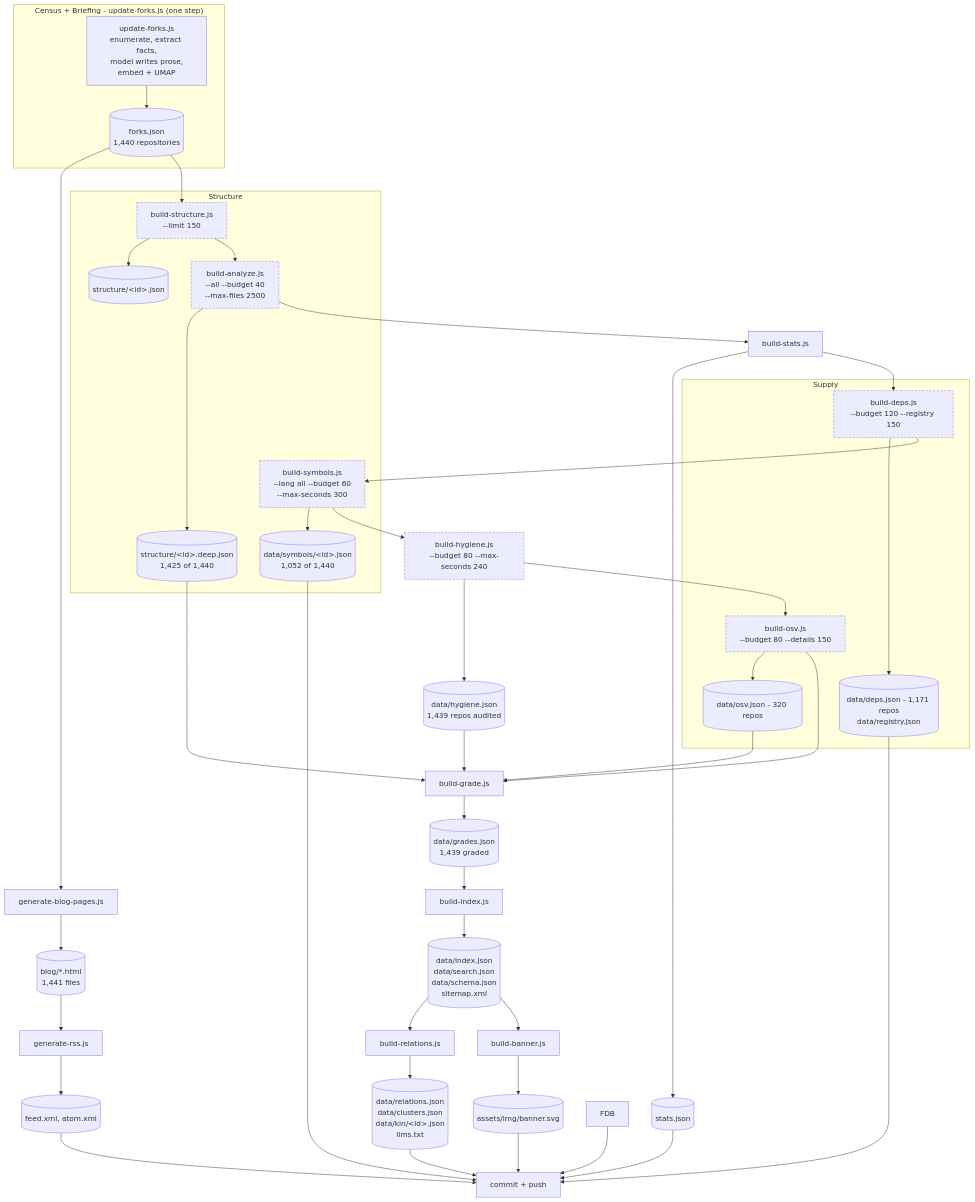
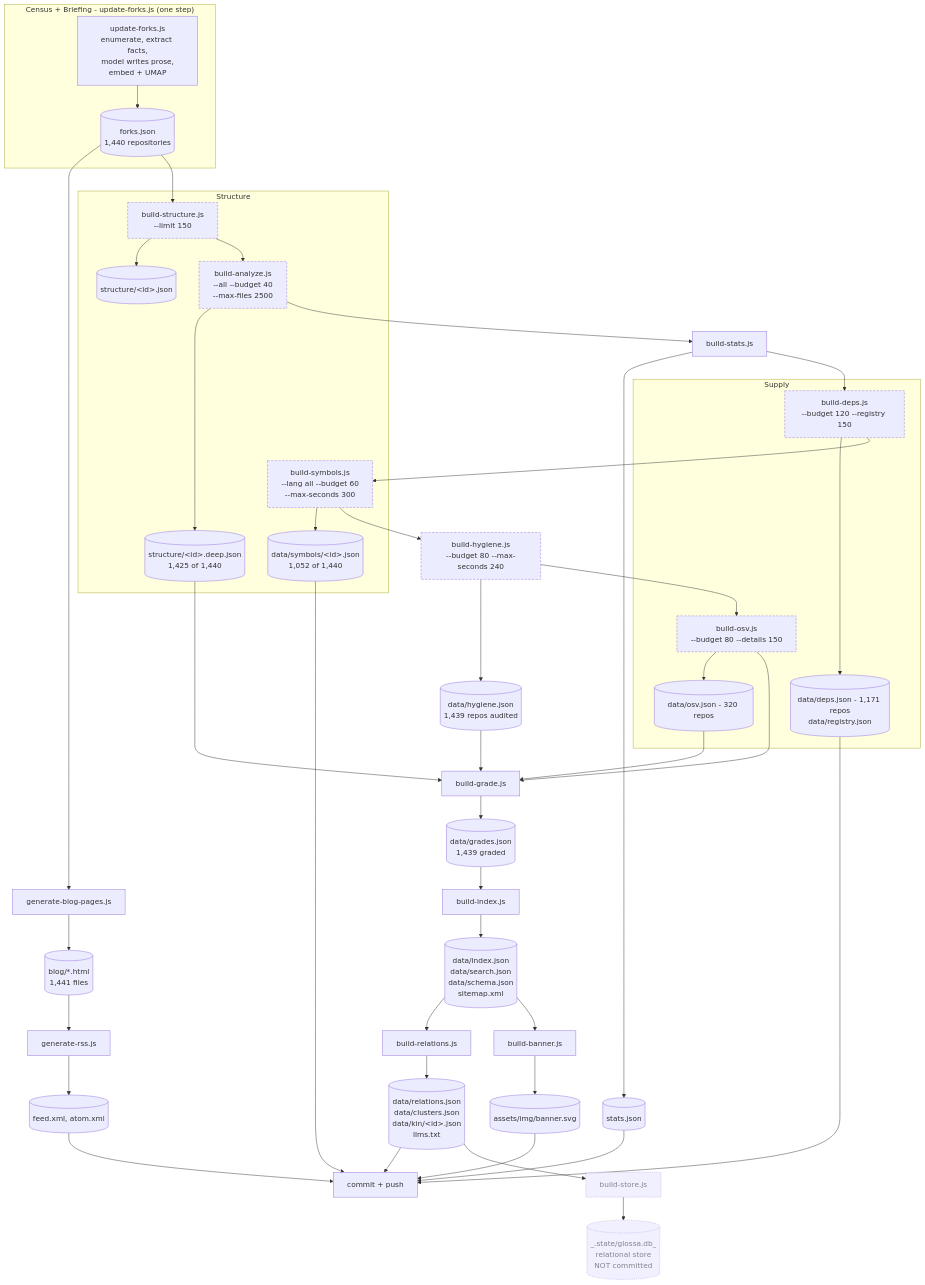
Before and after one commit to moses-y/moses-y.github.io: the diagram in docs/architecture/00-overview.md, drawn with Mermaid. The commit also changed other lines of this file and 3 other files, not shown here.

First line of the commit message:
Update the docs for the store, and fix an orphaned diagram edge

````diff
--- a/docs/architecture/00-overview.md
+++ b/docs/architecture/00-overview.md
@@ -37,49 +37,52 @@
 ```mermaid
 flowchart TD
     subgraph S1["Census + Briefing - update-forks.js (one step)"]
         UF["update-forks.js<br/>enumerate, extract facts,<br/>model writes prose,<br/>embed + UMAP"]
         FJ[("forks.json<br/>1,440 repositories")]
         UF --> FJ
     end
 
     FJ --> BP["generate-blog-pages.js"] --> BLOG[("blog/*.html<br/>1,441 files")]
     BLOG --> RSS["generate-rss.js"] --> FEED[("feed.xml, atom.xml")]
 
     subgraph S3["Structure"]
         BS["build-structure.js<br/>--limit 150"] --> ST[("structure/&lt;id&gt;.json")]
         BA["build-analyze.js<br/>--all --budget 40<br/>--max-files 2500"] --> DEEP[("structure/&lt;id&gt;.deep.json<br/>1,425 of 1,440")]
         SY["build-symbols.js<br/>--lang all --budget 60<br/>--max-seconds 300"] --> SYM[("data/symbols/&lt;id&gt;.json<br/>1,052 of 1,440")]
     end
 
     FJ --> BS --> BA --> STATS["build-stats.js"] --> SJ[("stats.json")]
 
     subgraph S4["Supply"]
         BD["build-deps.js<br/>--budget 120 --registry 150"] --> DEPS[("data/deps.json - 1,171 repos<br/>data/registry.json")]
         OSV["build-osv.js<br/>--budget 80 --details 150"] --> OSVJ[("data/osv.json - 320 repos")]
     end
 
     STATS --> BD --> SY --> HY["build-hygiene.js<br/>--budget 80 --max-seconds 240"]
     HY --> HYJ[("data/hygiene.json<br/>1,439 repos audited")]
     HY --> OSV --> GR["build-grade.js"]
     DEEP --> GR
     HYJ --> GR
     OSVJ --> GR
     GR --> GJ[("data/grades.json<br/>1,439 graded")]
 
     GJ --> IDX["build-index.js"]
     IDX --> IDXJ[("data/index.json<br/>data/search.json<br/>data/schema.json<br/>sitemap.xml")]
     IDXJ --> REL["build-relations.js"]
     REL --> RELJ[("data/relations.json<br/>data/clusters.json<br/>data/kin/&lt;id&gt;.json<br/>llms.txt")]
     IDXJ --> BAN["build-banner.js"] --> SVG[("assets/img/banner.svg")]
 
     RELJ --> COMMIT["commit + push"]
     SVG --> COMMIT
-    FDB --> COMMIT
     FEED --> COMMIT
     SJ --> COMMIT
     SYM --> COMMIT
     DEPS --> COMMIT
 
+    RELJ --> STORE["build-store.js"] --> DB[("_.state/glossa.db_<br/>relational store<br/>NOT committed")]
+
     classDef budgeted stroke-dasharray: 5 3
     class BS,BA,BD,SY,HY,OSV budgeted
+    classDef uncommitted stroke-dasharray: 2 2,opacity:0.75
+    class STORE,DB uncommitted
 ```
````
